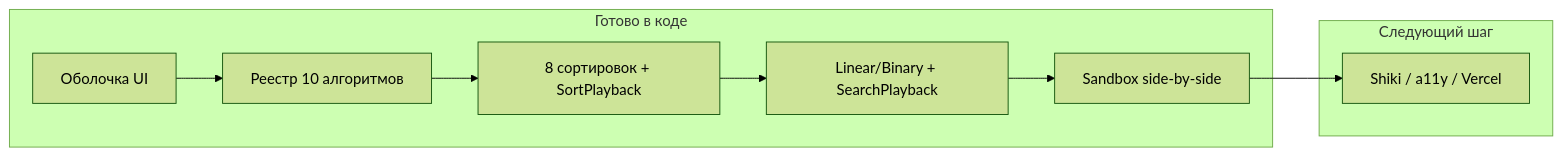
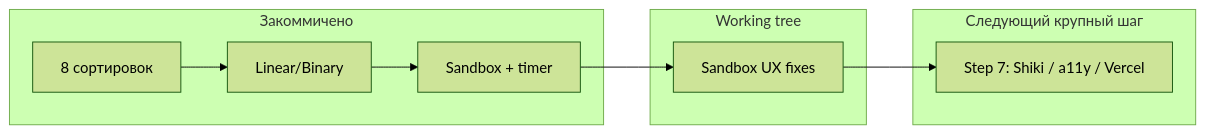
One commit to MariJunior/interactive-algorithms changed the diagram in algovisual_status_summary_c8adb029.plan.md. Above: the diagram before and after it, drawn with Mermaid (forest theme). The commit also changed other lines of this file and 7 other files, not shown here.

````diff
--- a/algovisual_status_summary_c8adb029.plan.md
+++ b/algovisual_status_summary_c8adb029.plan.md
@@ -46,14 +49,15 @@
 ```mermaid
 flowchart LR
-  subgraph done [Готово в коде]
-    Shell["Оболочка UI"]
-    Meta["Реестр 10 алгоритмов"]
-    Sorts["8 сортировок + SortPlayback"]
-    Search["Linear/Binary + SearchPlayback"]
-    Sandbox["Sandbox side-by-side"]
+  subgraph done [Закоммичено]
+    Sorts["8 сортировок"]
+    Search["Linear/Binary"]
+    Sandbox["Sandbox + timer"]
   end
-  subgraph next [Следующий шаг]
-    Polish["Shiki / a11y / Vercel"]
+  subgraph wip [Working tree]
+    Fixes["Sandbox UX fixes"]
   end
-  Shell --> Meta --> Sorts --> Search --> Sandbox --> Polish
+  subgraph next [Следующий крупный шаг]
+    Polish["Step 7: Shiki / a11y / Vercel"]
+  end
+  Sorts --> Search --> Sandbox --> Fixes --> Polish
 ```
````
